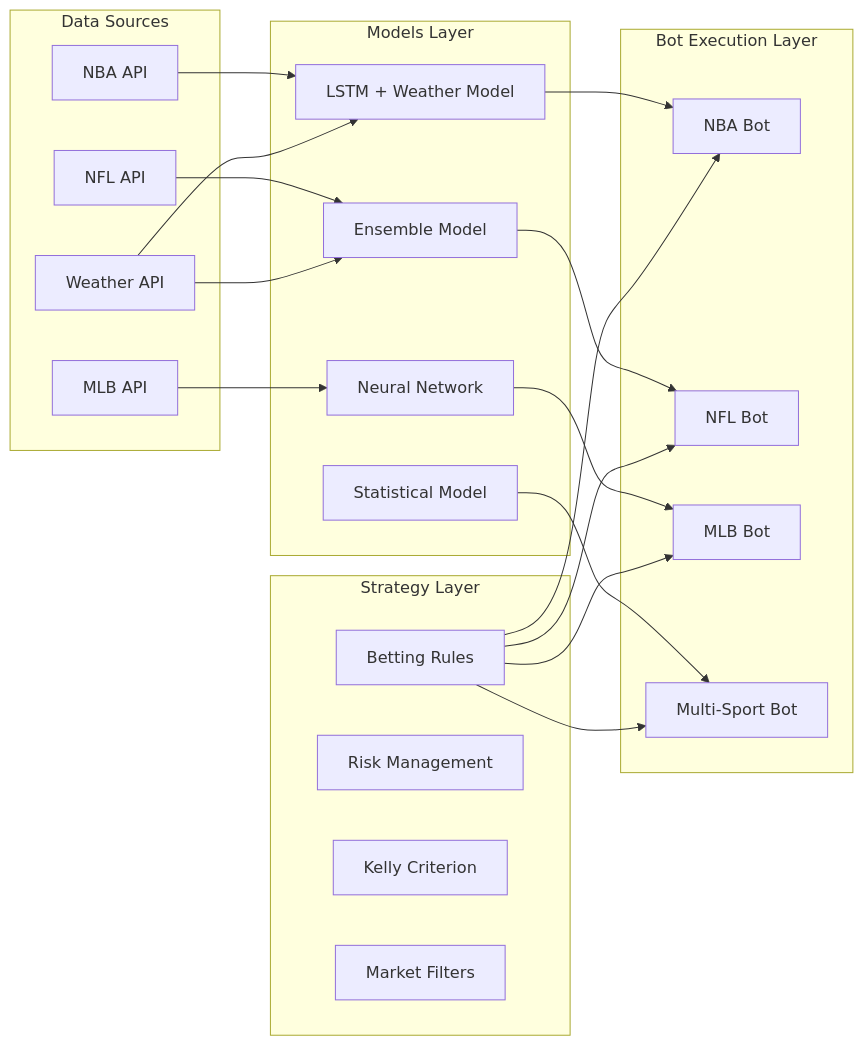
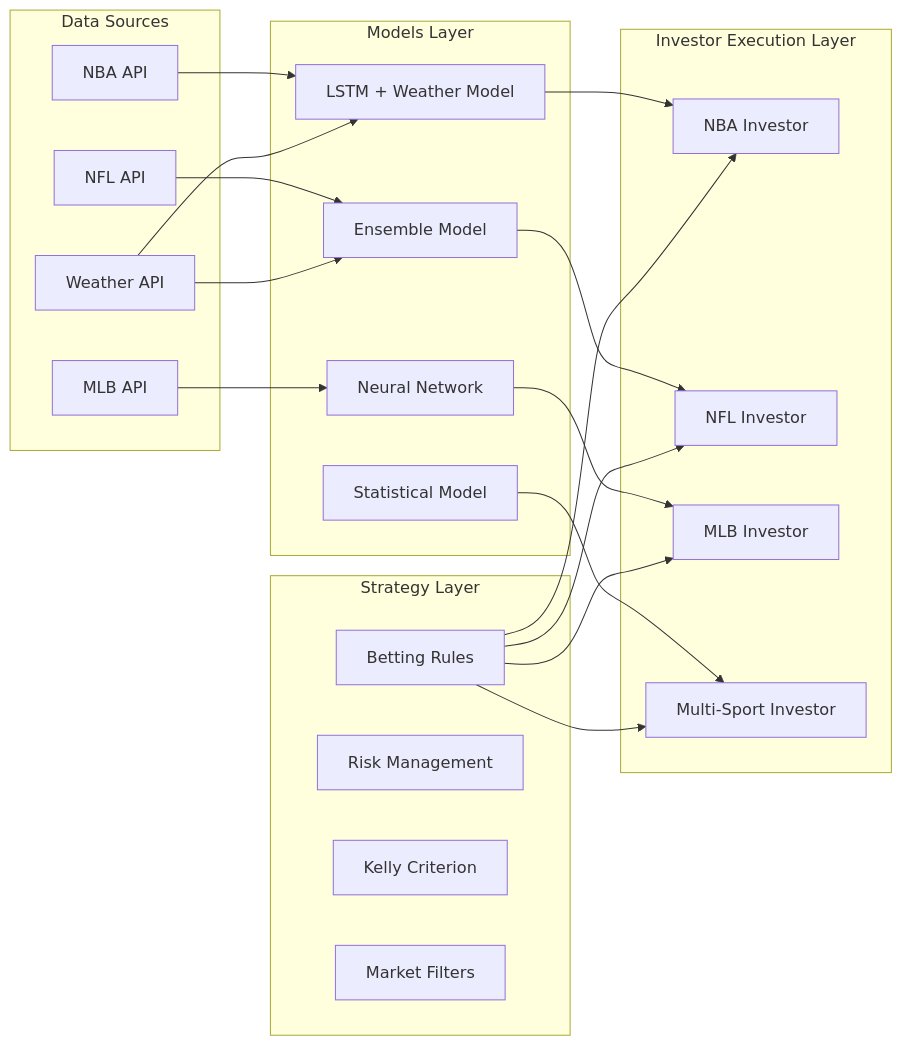
One commit to jslimak2/SI-HQ changed the second of 10 diagrams in ARCHITECTURE_AND_SYSTEM_DESIGN.md. Above: the diagram before and after it, drawn with Mermaid. The commit also changed other lines of this file and 20 other files, not shown here.

Commit message:
Update terminology from 'bot' to 'investor' throughout codebase

````diff
--- a/ARCHITECTURE_AND_SYSTEM_DESIGN.md
+++ b/ARCHITECTURE_AND_SYSTEM_DESIGN.md
@@ -152,46 +152,46 @@
 ```mermaid
 graph LR
     subgraph "Models Layer"
         LSTM[LSTM + Weather Model]
         ENS[Ensemble Model]
         NN[Neural Network]
         STAT[Statistical Model]
     end
     
     subgraph "Strategy Layer"
         RULES[Betting Rules]
         RISK[Risk Management]
         KELLY[Kelly Criterion]
         FILTERS[Market Filters]
     end
     
-    subgraph "Bot Execution Layer"
-        BOT1[NBA Bot]
-        BOT2[NFL Bot]
-        BOT3[MLB Bot]
-        BOT4[Multi-Sport Bot]
+    subgraph "Investor Execution Layer"
+        BOT1[NBA Investor]
+        BOT2[NFL Investor]
+        BOT3[MLB Investor]
+        BOT4[Multi-Sport Investor]
     end
     
     subgraph "Data Sources"
         NBA_API[NBA API]
         NFL_API[NFL API]
         MLB_API[MLB API]
         WEATHER[Weather API]
     end
     
     LSTM --> BOT1
     ENS --> BOT2
     NN --> BOT3
     STAT --> BOT4
     
     RULES --> BOT1
     RULES --> BOT2
     RULES --> BOT3
     RULES --> BOT4
     
     NBA_API --> LSTM
     NFL_API --> ENS
     MLB_API --> NN
     WEATHER --> LSTM
     WEATHER --> ENS
 ```
````
